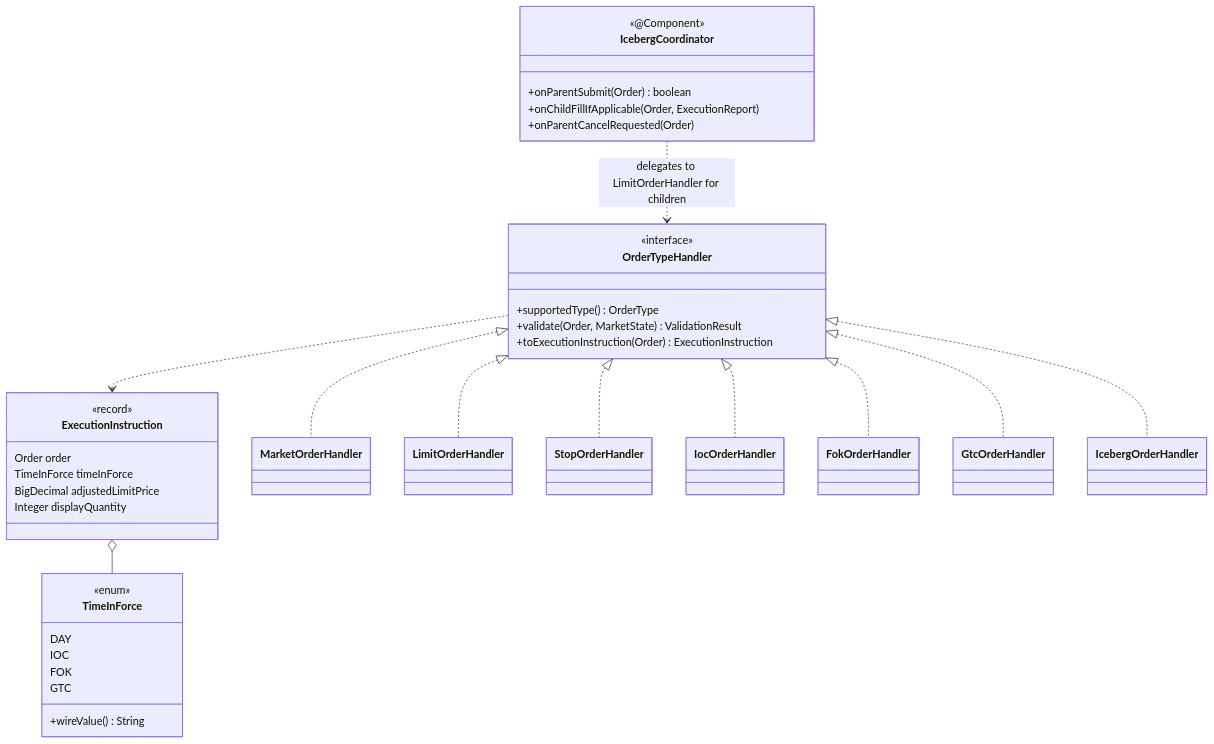
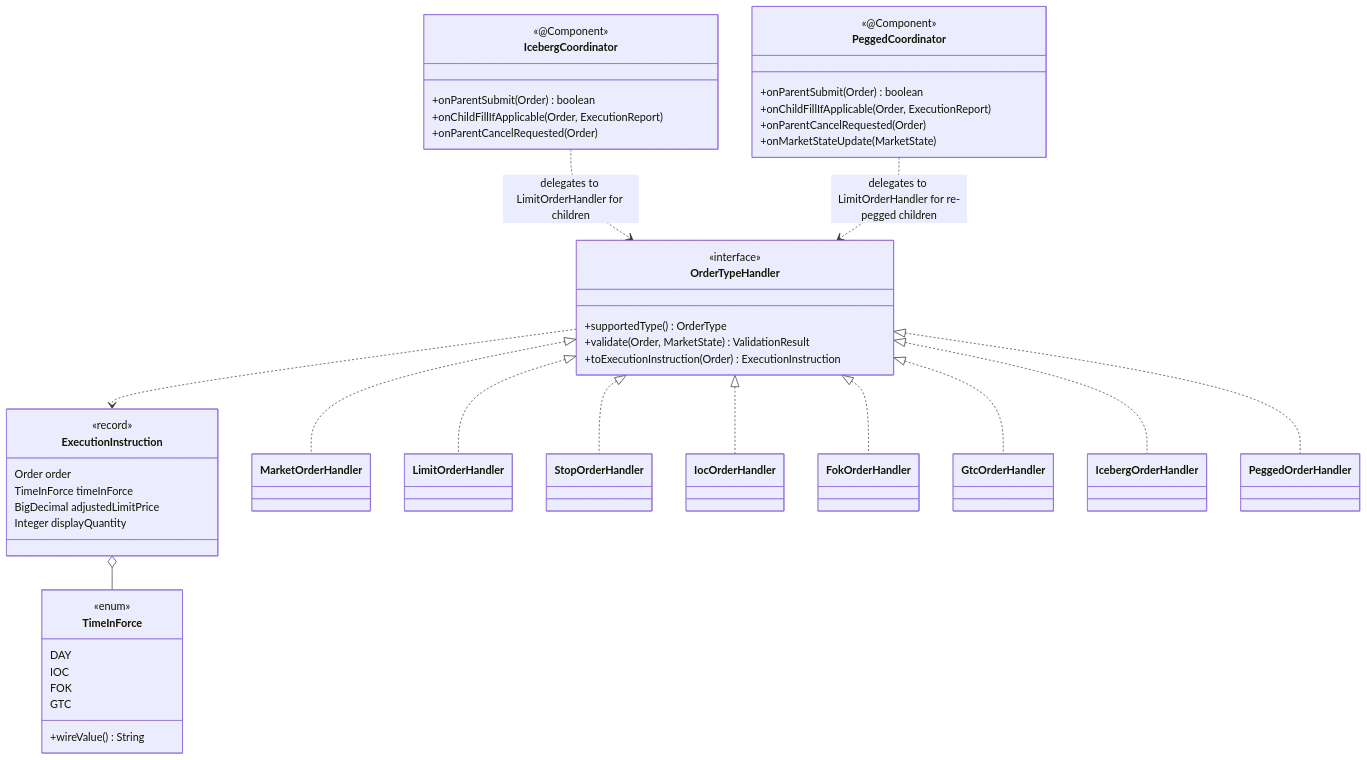
The ninth of 19 diagrams in docs/technical-design-document.md (drag0sd0g/MariaAlpha), drawn with Mermaid before and after one commit. The commit also changed other lines of this file and 41 other files, not shown here.

Commit message:
3.2.3 Pegged order support (#192)

````diff
--- a/docs/technical-design-document.md
+++ b/docs/technical-design-document.md
@@ -717,40 +717,49 @@
 ```mermaid
 classDiagram
     class OrderTypeHandler {
         <<interface>>
         +supportedType() OrderType
         +validate(Order, MarketState) ValidationResult
         +toExecutionInstruction(Order) ExecutionInstruction
     }
     class ExecutionInstruction {
         <<record>>
         Order order
         TimeInForce timeInForce
         BigDecimal adjustedLimitPrice
         Integer displayQuantity
     }
     class TimeInForce {
         <<enum>>
         DAY
         IOC
         FOK
         GTC
         +wireValue() String
     }
     class IcebergCoordinator {
         <<@Component>>
         +onParentSubmit(Order) boolean
         +onChildFillIfApplicable(Order, ExecutionReport)
         +onParentCancelRequested(Order)
     }
+    class PeggedCoordinator {
+        <<@Component>>
+        +onParentSubmit(Order) boolean
+        +onChildFillIfApplicable(Order, ExecutionReport)
+        +onParentCancelRequested(Order)
+        +onMarketStateUpdate(MarketState)
+    }
     OrderTypeHandler <|.. MarketOrderHandler
     OrderTypeHandler <|.. LimitOrderHandler
     OrderTypeHandler <|.. StopOrderHandler
     OrderTypeHandler <|.. IocOrderHandler
     OrderTypeHandler <|.. FokOrderHandler
     OrderTypeHandler <|.. GtcOrderHandler
     OrderTypeHandler <|.. IcebergOrderHandler
+    OrderTypeHandler <|.. PeggedOrderHandler
     OrderTypeHandler ..> ExecutionInstruction
     ExecutionInstruction o-- TimeInForce
     IcebergCoordinator ..> OrderTypeHandler : delegates to LimitOrderHandler for children
+    PeggedCoordinator ..> OrderTypeHandler : delegates to LimitOrderHandler for re-pegged children
 ```
````
